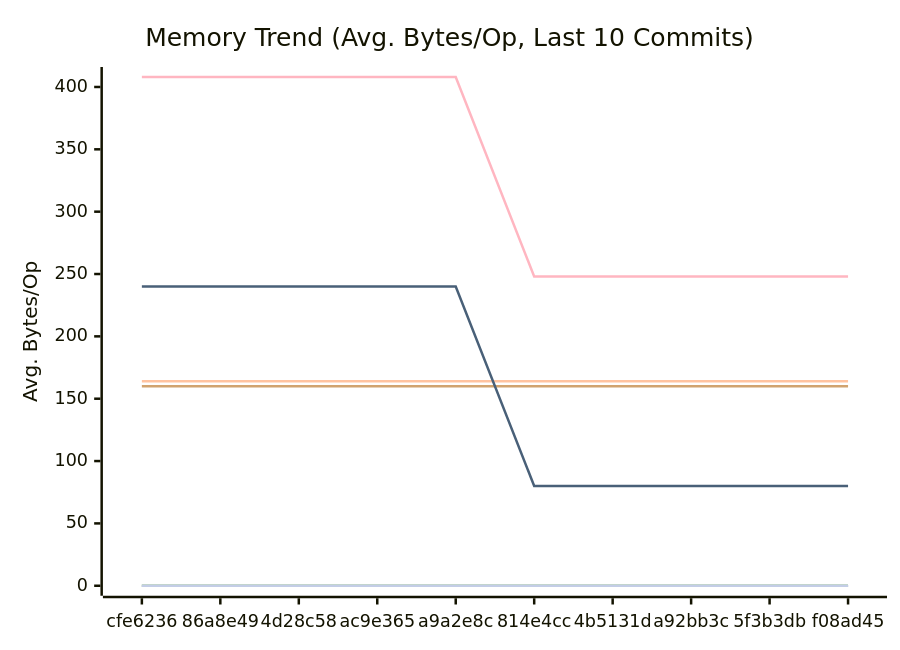
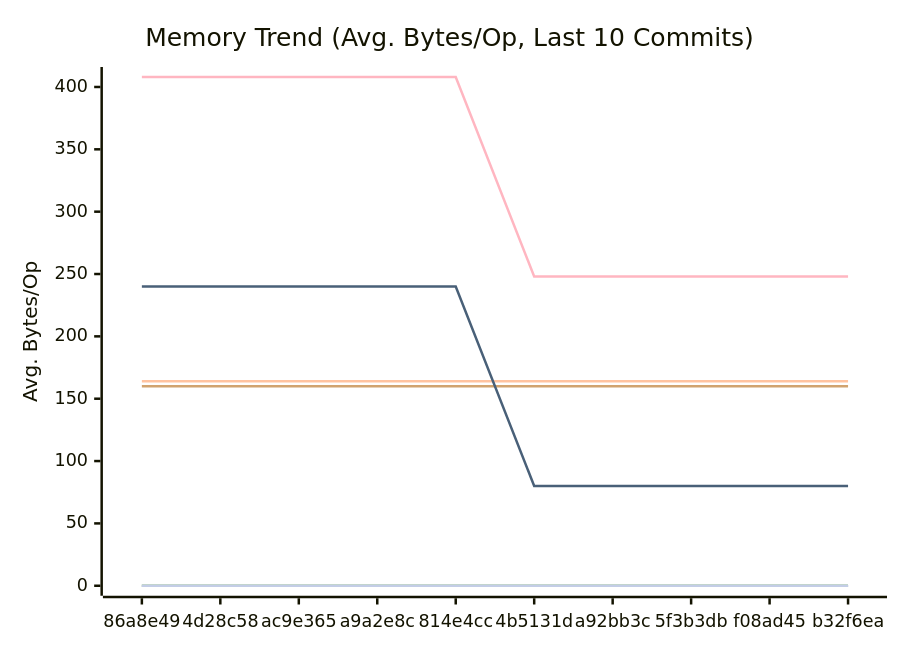
Before and after one commit to alsotoes/momo: the second of 3 diagrams in docs/PERFORMANCE.md, drawn with Mermaid. The commit also changed other lines of this file and 5 other files, not shown here.

````diff
--- a/docs/PERFORMANCE.md
+++ b/docs/PERFORMANCE.md
@@ -97,16 +97,16 @@
 ```mermaid
 xychart-beta
     title "Memory Trend (Avg. Bytes/Op, Last 10 Commits)"
     x-axis "Commit"
     y-axis "Avg. Bytes/Op"
-    x-axis [cfe6236,86a8e49,4d28c58,ac9e365,a9a2e8c,814e4cc,4b5131d,a92bb3c,5f3b3db,f08ad45]
+    x-axis [86a8e49,4d28c58,ac9e365,a9a2e8c,814e4cc,4b5131d,a92bb3c,5f3b3db,f08ad45,b32f6ea]
     line "CheckMetricsAndSwap" [0,0,0,0,0,0,0,0,0,0]
     line "CrushOptimized" [0,0,0,0,0,0,0,0,0,0]
     line "CrushOriginal" [164,164,164,164,164,164,164,164,164,164]
     line "IndexDirectTracking" [0,0,0,0,0,0,0,0,0,0]
     line "IndexSearch" [0,0,0,0,0,0,0,0,0,0]
     line "LoadGlobalConfig" [160,160,160,160,160,160,160,160,160,160]
     line "PadString" [0,0,0,0,0,0,0,0,0,0]
     line "ParseReplicationOrder_NoPrealloc" [408,408,408,408,408,248,248,248,248,248]
     line "ParseReplicationOrder_Prealloc" [240,240,240,240,240,80,80,80,80,80]
 ```
````
